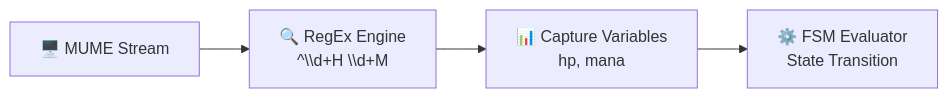
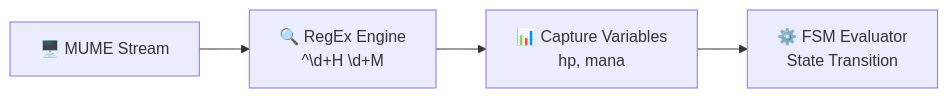
Before and after one commit to nschimme/mume.github.io: the first of 2 diagrams in docs/community/educators/cs/index.md, drawn with Mermaid. The commit also changed other lines of this file and 5 other files, not shown here.

Commit message:
fix: quote all node labels and sanitize Mermaid.js syntax

````diff
--- a/docs/community/educators/cs/index.md
+++ b/docs/community/educators/cs/index.md
@@ -22,6 +22,6 @@
 ```mermaid
 graph LR
-    A[🖥️ MUME Stream] --> B[🔍 RegEx Engine<br>^\\d+H \\d+M]
-    B --> C[📊 Capture Variables<br>hp, mana]
-    C --> D[⚙️ FSM Evaluator<br>State Transition]
+    A["🖥️ MUME Stream"] --> B["🔍 RegEx Engine<br>^\d+H \d+M"]
+    B --> C["📊 Capture Variables<br>hp, mana"]
+    C --> D["⚙️ FSM Evaluator<br>State Transition"]
 ```
````
